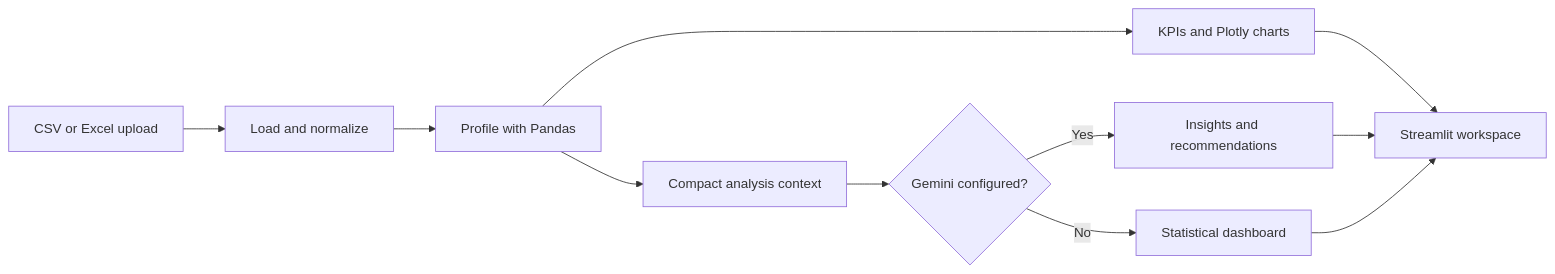
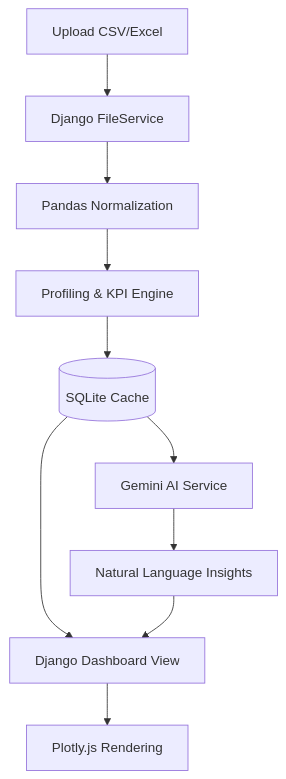
Before and after one commit to agni-007/TCS-hackathon: the diagram in README.md, drawn with Mermaid. The commit also changed other lines of this file, not shown here.

````diff
--- a/README.md
+++ b/README.md
@@ -138,13 +61,12 @@
 ```mermaid
-flowchart LR
-		A[CSV or Excel upload] --> B[Load and normalize]
-		B --> C[Profile with Pandas]
-		C --> D[KPIs and Plotly charts]
-		C --> E[Compact analysis context]
-		E --> F{Gemini configured?}
-		F -->|Yes| G[Insights and recommendations]
-		F -->|No| H[Statistical dashboard]
-		D --> I[Streamlit workspace]
-		G --> I
-		H --> I
+flowchart TD
+    A[Upload CSV/Excel] --> B[Django FileService]
+    B --> C[Pandas Normalization]
+    C --> D[Profiling & KPI Engine]
+    D --> E[(SQLite Cache)]
+    E --> F[Django Dashboard View]
+    F --> G[Plotly.js Rendering]
+    E --> H[Gemini AI Service]
+    H --> I[Natural Language Insights]
+    I --> F
 ```
````
